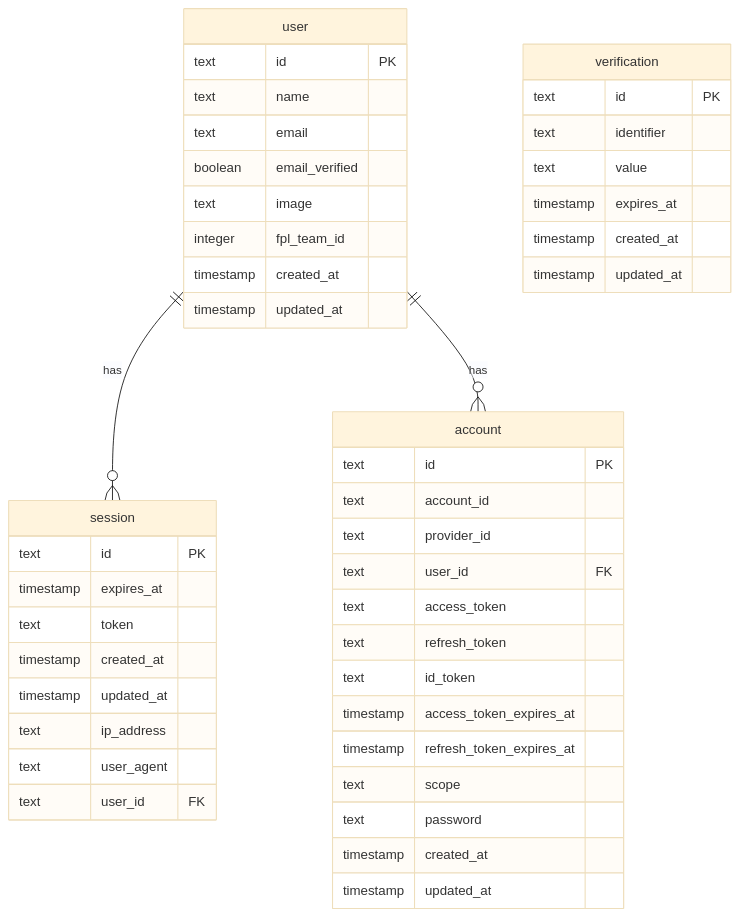
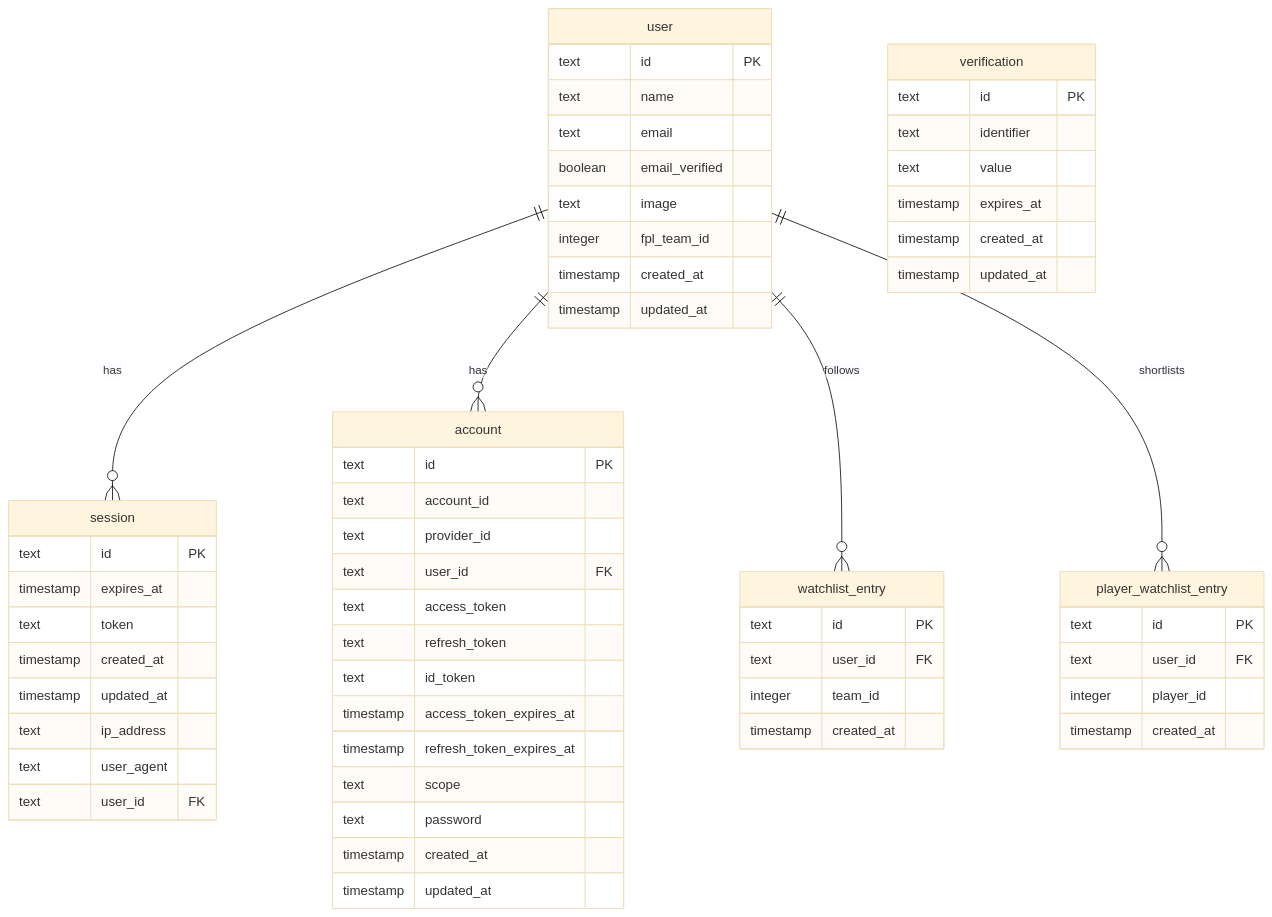
The diagram in docs/db-schema.md (iuriev/fpl), drawn with Mermaid (base theme) before and after one commit. The commit also changed other lines of this file and 15 other files, not shown here.

````diff
--- a/docs/db-schema.md
+++ b/docs/db-schema.md
@@ -74,49 +100,64 @@
 ```mermaid
 erDiagram
     user {
         text id PK
         text name
         text email
         boolean email_verified
         text image
         integer fpl_team_id
         timestamp created_at
         timestamp updated_at
     }
     session {
         text id PK
         timestamp expires_at
         text token
         timestamp created_at
         timestamp updated_at
         text ip_address
         text user_agent
         text user_id FK
     }
     account {
         text id PK
         text account_id
         text provider_id
         text user_id FK
         text access_token
         text refresh_token
         text id_token
         timestamp access_token_expires_at
         timestamp refresh_token_expires_at
         text scope
         text password
         timestamp created_at
         timestamp updated_at
     }
     verification {
         text id PK
         text identifier
         text value
         timestamp expires_at
         timestamp created_at
         timestamp updated_at
     }
 
+    watchlist_entry {
+        text id PK
+        text user_id FK
+        integer team_id
+        timestamp created_at
+    }
+    player_watchlist_entry {
+        text id PK
+        text user_id FK
+        integer player_id
+        timestamp created_at
+    }
+
     user ||--o{ session : "has"
     user ||--o{ account : "has"
+    user ||--o{ watchlist_entry : "follows"
+    user ||--o{ player_watchlist_entry : "shortlists"
 ```
````
